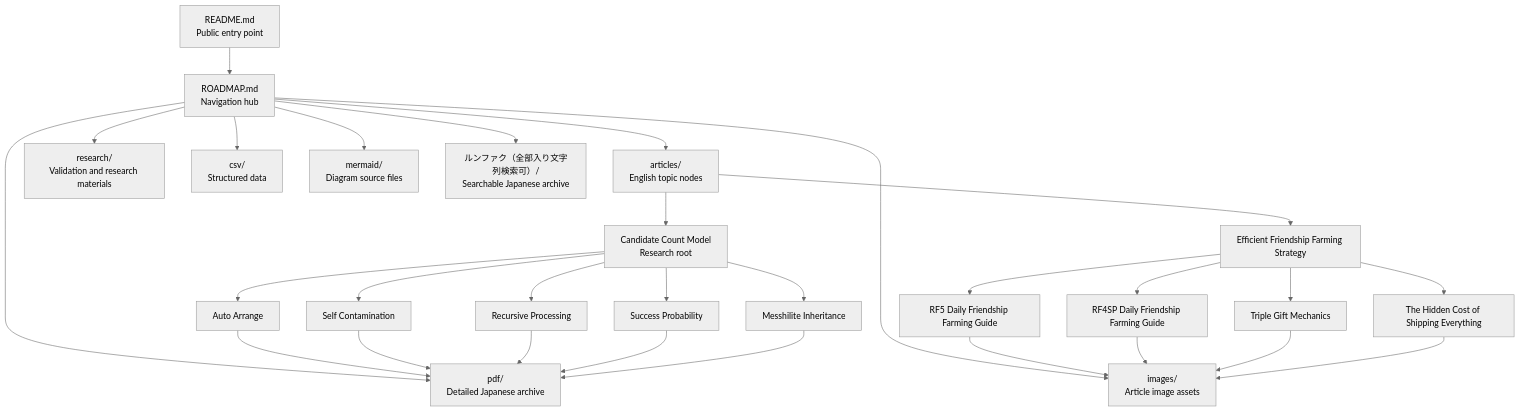
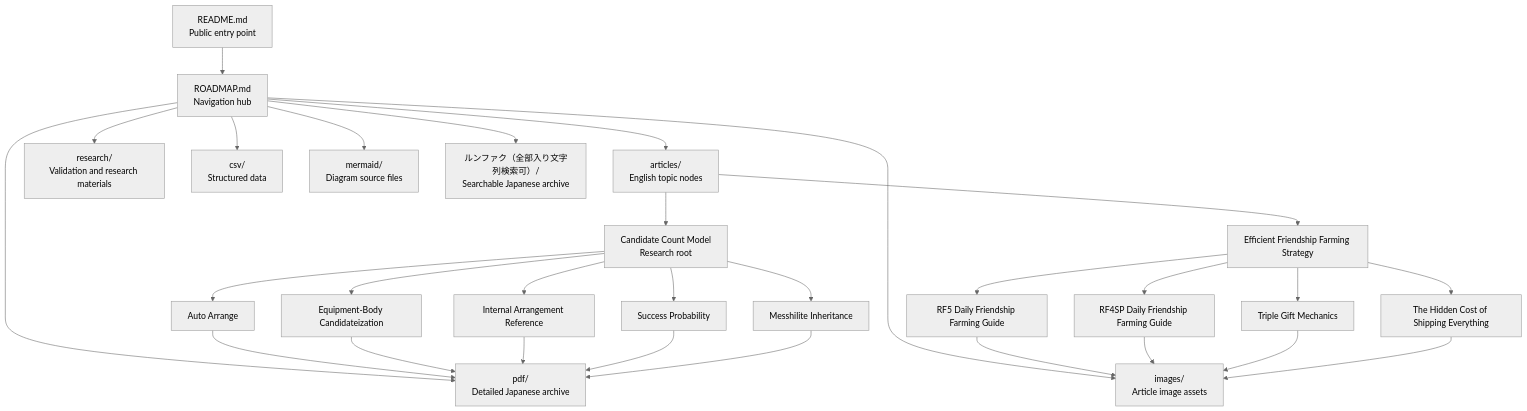
The diagram in ROADMAP.md (j13343sh/Rune-Factory-Inheritance-Research), drawn with Mermaid (neutral theme) before and after one commit. The commit also changed other lines of this file and 17 other files, not shown here.

````diff
--- a/ROADMAP.md
+++ b/ROADMAP.md
@@ -81,61 +83,61 @@
 ```mermaid
 flowchart TD
 
 README["README.md<br/>Public entry point"]
 ROADMAP["ROADMAP.md<br/>Navigation hub"]
 
 ARTICLES["articles/<br/>English topic nodes"]
 PDF["pdf/<br/>Detailed Japanese archive"]
 RESEARCH["research/<br/>Validation and research materials"]
 CSV["csv/<br/>Structured data"]
 IMAGES["images/<br/>Article image assets"]
 MERMAID["mermaid/<br/>Diagram source files"]
 FULLARCHIVE["ルンファク（全部入り文字列検索可）/<br/>Searchable Japanese archive"]
 
 CC["Candidate Count Model<br/>Research root"]
 
 AA["Auto Arrange"]
-SC["Self Contamination"]
-RP["Recursive Processing"]
+SC["Equipment-Body Candidateization"]
+RP["Internal Arrangement Reference"]
 SP["Success Probability"]
 MI["Messhilite Inheritance"]
 
 EFF["Efficient Friendship Farming Strategy"]
 RF5["RF5 Daily Friendship Farming Guide"]
 RF4["RF4SP Daily Friendship Farming Guide"]
 TG["Triple Gift Mechanics"]
 HC["The Hidden Cost of Shipping Everything"]
 
 README --> ROADMAP
 ROADMAP --> ARTICLES
 ROADMAP --> PDF
 ROADMAP --> RESEARCH
 ROADMAP --> CSV
 ROADMAP --> IMAGES
 ROADMAP --> MERMAID
 ROADMAP --> FULLARCHIVE
 
 ARTICLES --> CC
 
 CC --> AA
 CC --> SC
 CC --> RP
 CC --> SP
 CC --> MI
 
 ARTICLES --> EFF
 EFF --> RF5
 EFF --> RF4
 EFF --> TG
 EFF --> HC
 
 AA --> PDF
 SC --> PDF
 RP --> PDF
 SP --> PDF
 MI --> PDF
 RF5 --> IMAGES
 RF4 --> IMAGES
 TG --> IMAGES
 HC --> IMAGES
 ```
````
